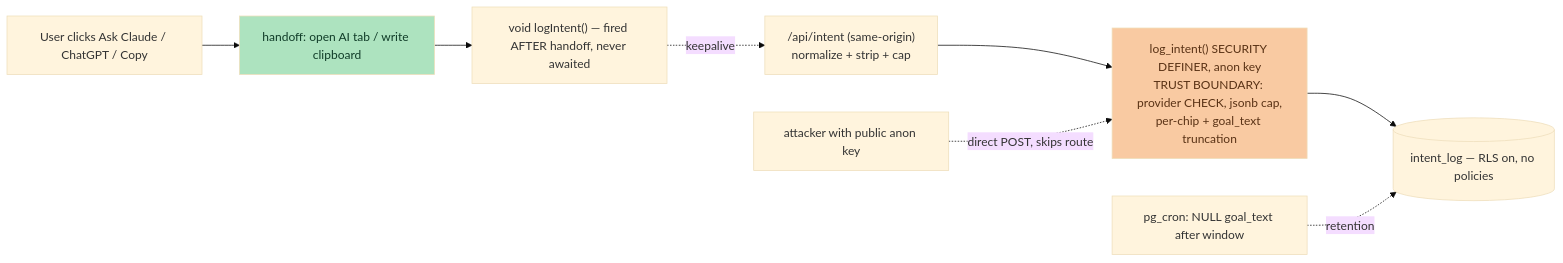
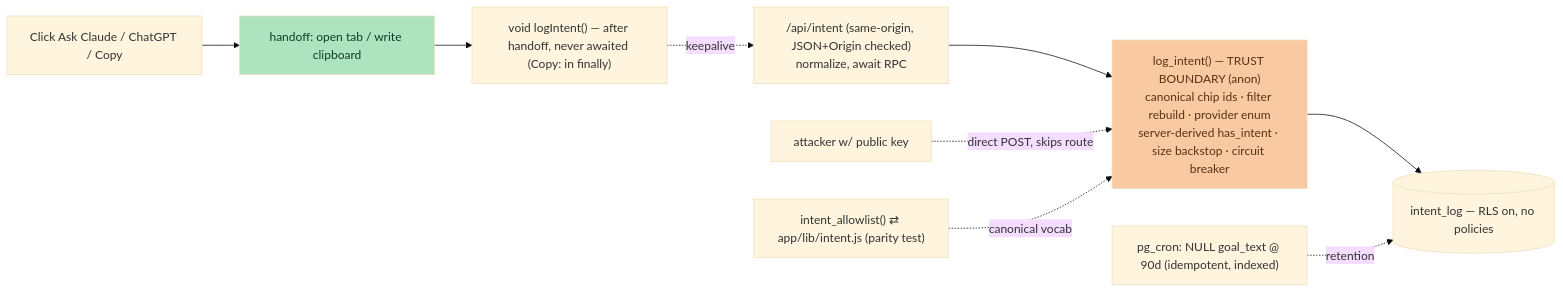
Before and after one commit to dimrasn/trail-catalunya: the diagram in docs/plans/2026-08-25-001-feat-intent-logging-plan.md, drawn with Mermaid (base theme). The commit also changed other lines of this file and 2 other files, not shown here.

First line of the commit message:
docs: revise intent-logging plan per Codex round-1 (credential-free, 90d)

````diff
--- a/docs/plans/2026-08-25-001-feat-intent-logging-plan.md
+++ b/docs/plans/2026-08-25-001-feat-intent-logging-plan.md
@@ -58,12 +66,13 @@
 ```mermaid
 flowchart LR
-  U[User clicks Ask Claude / ChatGPT / Copy] --> H[handoff: open AI tab / write clipboard]
-  H --> L["void logIntent() — fired AFTER handoff, never awaited"]
-  L -.keepalive.-> R["/api/intent (same-origin)<br/>normalize + strip + cap"]
-  R --> RPC["log_intent() SECURITY DEFINER, anon key<br/>TRUST BOUNDARY: provider CHECK, jsonb cap,<br/>per-chip + goal_text truncation"]
-  A["attacker with public anon key"] -.direct POST, skips route.-> RPC
+  U[Click Ask Claude / ChatGPT / Copy] --> H[handoff: open tab / write clipboard]
+  H --> L["void logIntent() — after handoff, never awaited (Copy: in finally)"]
+  L -.keepalive.-> R["/api/intent (same-origin, JSON+Origin checked)<br/>normalize, await RPC"]
+  R --> RPC["log_intent() — TRUST BOUNDARY (anon)<br/>canonical chip ids · filter rebuild · provider enum<br/>server-derived has_intent · size backstop · circuit breaker"]
+  A["attacker w/ public key"] -.direct POST, skips route.-> RPC
   RPC --> T[(intent_log — RLS on, no policies)]
-  C["pg_cron: NULL goal_text after window"] -.retention.-> T
+  C["pg_cron: NULL goal_text @ 90d (idempotent, indexed)"] -.retention.-> T
+  V["intent_allowlist() ⇄ app/lib/intent.js (parity test)"] -.canonical vocab.-> RPC
   style H fill:#ADE3BF,color:#103C28
   style RPC fill:#F9CAA2,color:#593215
 ```
````
